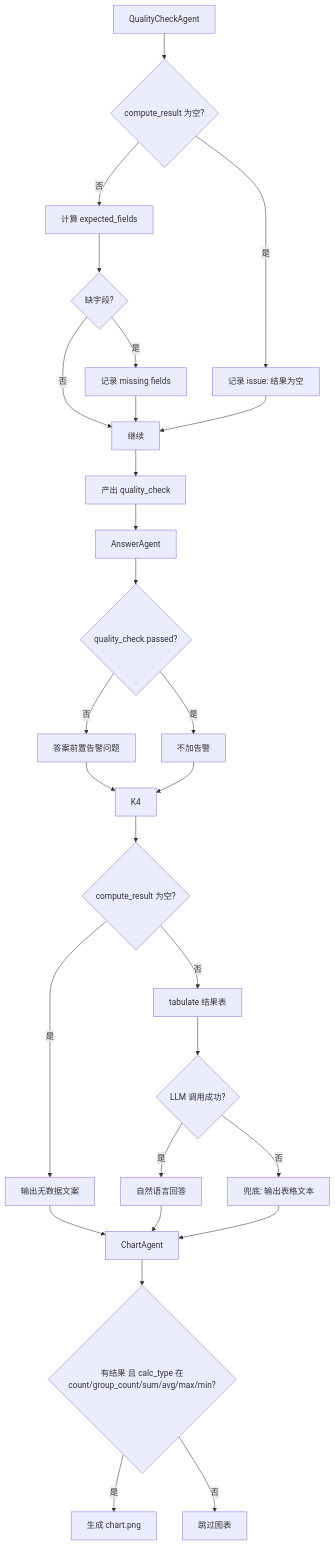
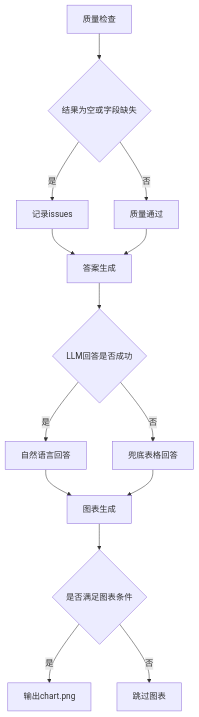
The eighth of 8 diagrams in docs/pipeline_flow_detailed.md (fengjianhuaxin/testtodsl), drawn with Mermaid before and after one commit. The commit also changed other lines of this file, not shown here.

Commit message:
docs: refresh pipeline flowchart for split planner and inner/left join

````diff
--- a/docs/pipeline_flow_detailed.md
+++ b/docs/pipeline_flow_detailed.md
@@ -308,33 +170,19 @@
 ```mermaid
 flowchart TD
-    J0[QualityCheckAgent] --> J1{compute_result 为空?}
-    J1 -- 是 --> J2[记录 issue: 结果为空]
-    J1 -- 否 --> J3[计算 expected_fields]
-    J3 --> J4{缺字段?}
-    J4 -- 是 --> J5[记录 missing fields]
-    J4 -- 否 --> J6[继续]
-    J5 --> J6
-    J2 --> J6
-    J6 --> J7[产出 quality_check]
+    K0[质量检查] --> K1{结果为空或字段缺失}
+    K1 -- 是 --> K2[记录issues]
+    K1 -- 否 --> K3[质量通过]
 
-    J7 --> K0[AnswerAgent]
-    K0 --> K1{quality_check.passed?}
-    K1 -- 否 --> K2[答案前置告警问题]
-    K1 -- 是 --> K3[不加告警]
-    K2 --> K4
-    K3 --> K4
-    K4 --> K5{compute_result 为空?}
-    K5 -- 是 --> K6[输出无数据文案]
-    K5 -- 否 --> K7[tabulate 结果表]
-    K7 --> K8{LLM 调用成功?}
-    K8 -- 是 --> K9[自然语言回答]
-    K8 -- 否 --> K10[兜底: 输出表格文本]
+    K2 --> L0[答案生成]
+    K3 --> L0
 
-    K6 --> L0[ChartAgent]
-    K9 --> L0
-    K10 --> L0
-    L0 --> L1{有结果 且 calc_type 在
-count/group_count/sum/avg/max/min?}
-    L1 -- 是 --> L2[生成 chart.png]
-    L1 -- 否 --> L3[跳过图表]
+    L0 --> L1{LLM回答是否成功}
+    L1 -- 是 --> L2[自然语言回答]
+    L1 -- 否 --> L3[兜底表格回答]
+
+    L2 --> M0[图表生成]
+    L3 --> M0
+    M0 --> M1{是否满足图表条件}
+    M1 -- 是 --> M2[输出chart.png]
+    M1 -- 否 --> M3[跳过图表]
 ```
````
